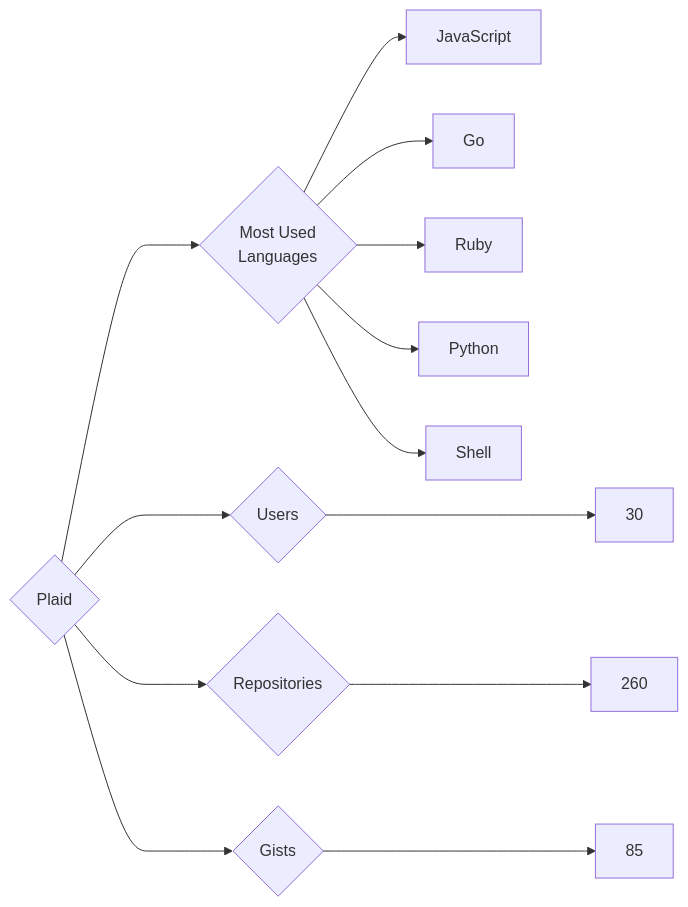
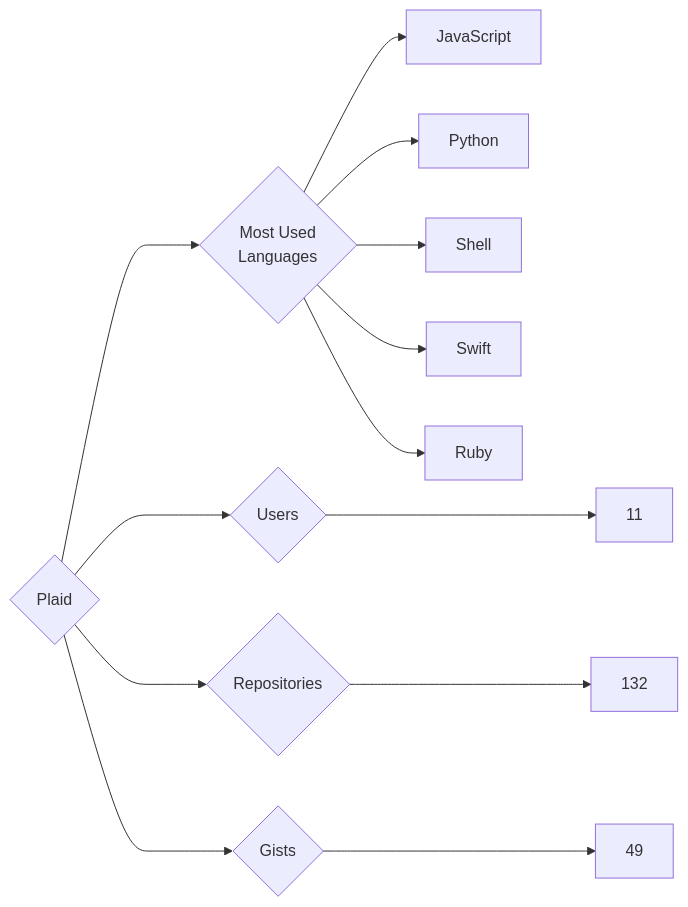
Before and after one commit to trickest/insiders: the diagram in targets/Plaid/README.md, drawn with Mermaid. The commit also changed 815 other files, not shown here.

````diff
--- a/targets/Plaid/README.md
+++ b/targets/Plaid/README.md
@@ -3,13 +3,13 @@
 ```mermaid
 graph LR
 COMPANY_NAME{Plaid}
-COMPANY_NAME ---> U{Users} ---> UN[30]
-COMPANY_NAME ---> R{Repositories} ---> RN[260]
-COMPANY_NAME ---> G{Gists} ---> GN[85]
+COMPANY_NAME ---> U{Users} ---> UN[11]
+COMPANY_NAME ---> R{Repositories} ---> RN[132]
+COMPANY_NAME ---> G{Gists} ---> GN[49]
 COMPANY_NAME ---> ML{Most Used<br>Languages}
 ML --> JavaScript[JavaScript]
-ML --> Go[Go]
-ML --> Ruby[Ruby]
 ML --> Python[Python]
 ML --> Shell[Shell]
+ML --> Swift[Swift]
+ML --> Ruby[Ruby]
 ```
````
